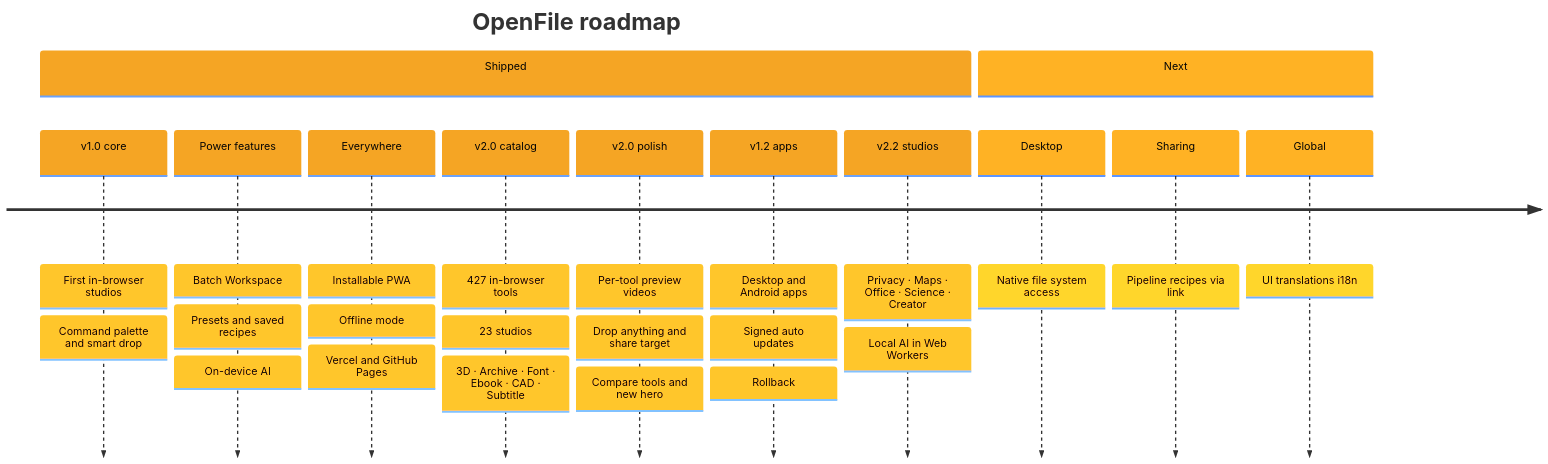
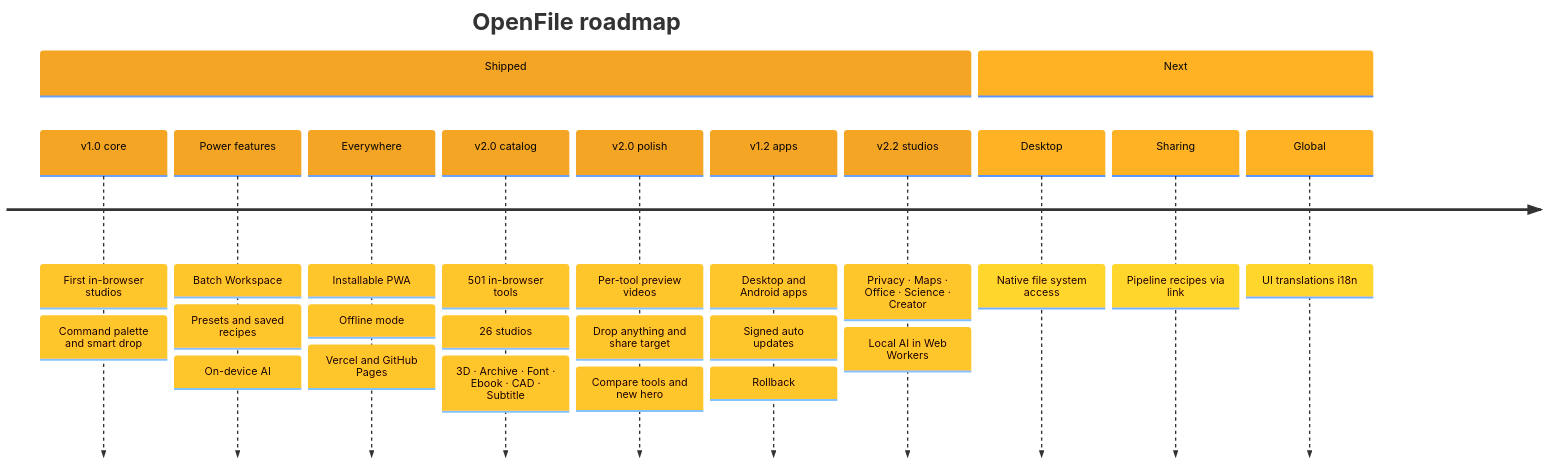
The eighth of 8 diagrams in README.md (aniruddhaadak80/OpenFile), drawn with Mermaid before and after one commit. The commit also changed other lines of this file and 302 other files, not shown here.

````diff
--- a/README.md
+++ b/README.md
@@ -1643,17 +1786,17 @@
 ```mermaid
 %%{init: {'theme':'base','themeVariables':{'fontFamily':'system-ui, sans-serif','cScale0':'#F5A524','cScaleLabel0':'#050505','cScale1':'#FFB224','cScaleLabel1':'#050505','cScale2':'#14B8A6','cScaleLabel2':'#050505','cScale3':'#22D3EE','cScaleLabel3':'#050505','cScale4':'#10B981','cScaleLabel4':'#050505','cScale5':'#38BDF8','cScaleLabel5':'#050505','cScale6':'#FCD34D','cScaleLabel6':'#050505','cScale7':'#5EEAD4','cScaleLabel7':'#050505'}}}%%
 timeline
     title OpenFile roadmap
     section Shipped
         v1.0 core : First in-browser studios : Command palette and smart drop
         Power features : Batch Workspace : Presets and saved recipes : On-device AI
         Everywhere : Installable PWA : Offline mode : Vercel and GitHub Pages
-        v2.0 catalog : 427 in-browser tools : 23 studios : 3D · Archive · Font · Ebook · CAD · Subtitle
+        v2.0 catalog : 501 in-browser tools : 26 studios : 3D · Archive · Font · Ebook · CAD · Subtitle
         v2.0 polish : Per-tool preview videos : Drop anything and share target : Compare tools and new hero
         v1.2 apps : Desktop and Android apps : Signed auto updates : Rollback
         v2.2 studios : Privacy · Maps · Office · Science · Creator : Local AI in Web Workers
     section Next
         Desktop : Native file system access
         Sharing : Pipeline recipes via link
         Global : UI translations i18n
 ```
````
